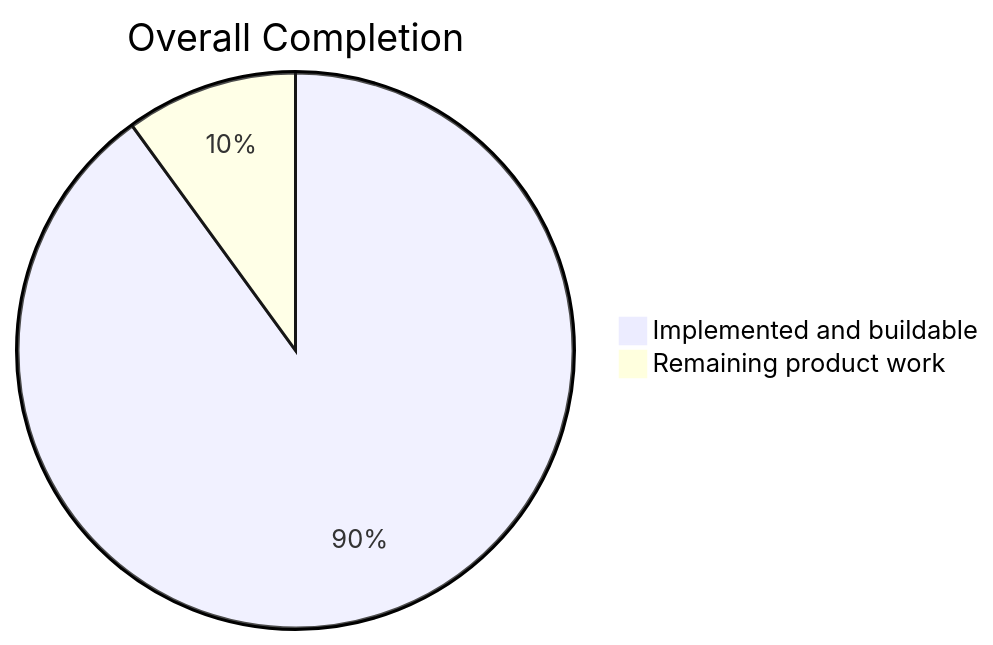
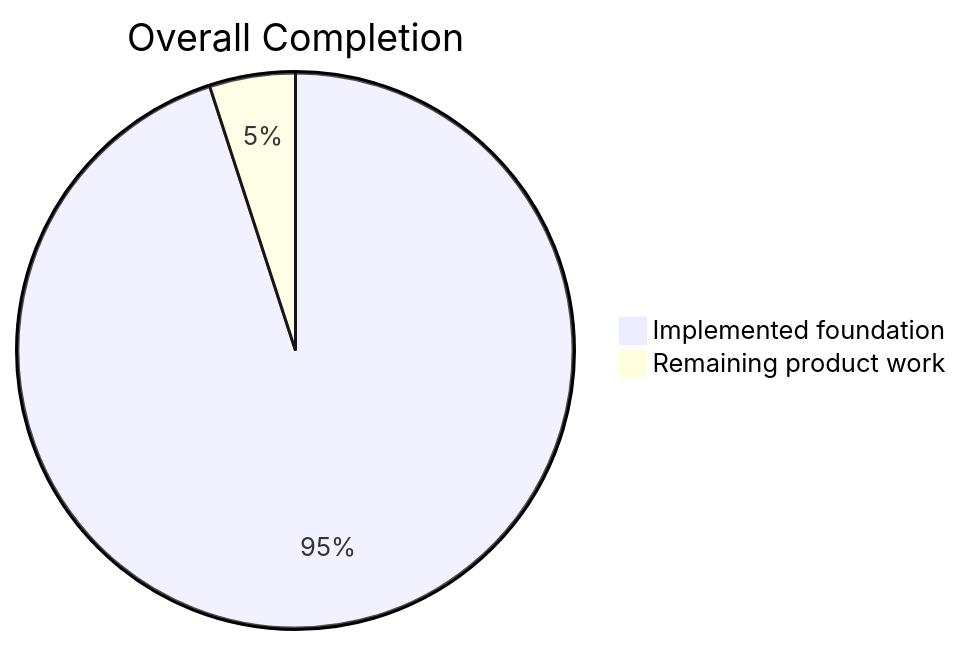
The first of 5 diagrams in README.md (lingmulongtai/GlyphRay), drawn with Mermaid before and after one commit. The commit also changed other lines of this file and 60 other files, not shown here.

````diff
--- a/README.md
+++ b/README.md
@@ -16,5 +16,5 @@
 ```mermaid
 pie title Overall Completion
-  "Implemented and buildable" : 90
-  "Remaining product work" : 10
+  "Implemented foundation" : 95
+  "Remaining product work" : 5
 ```
````
